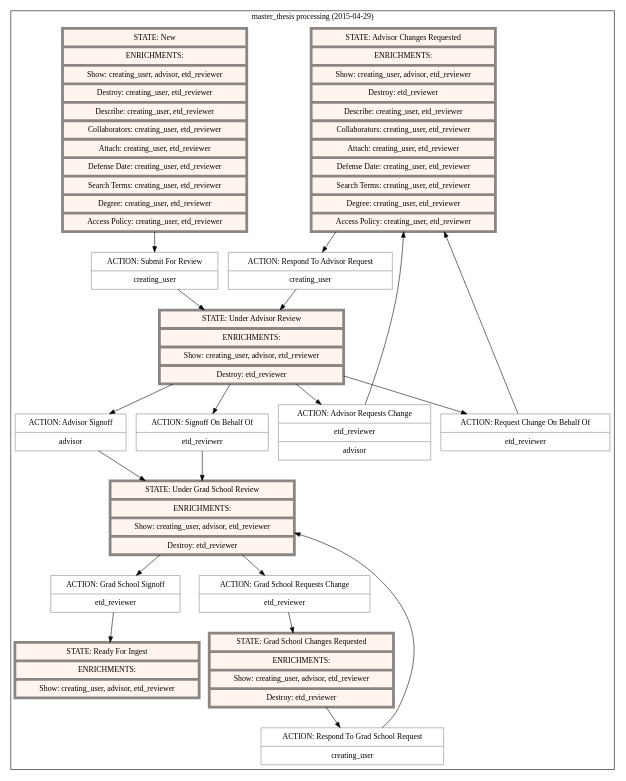
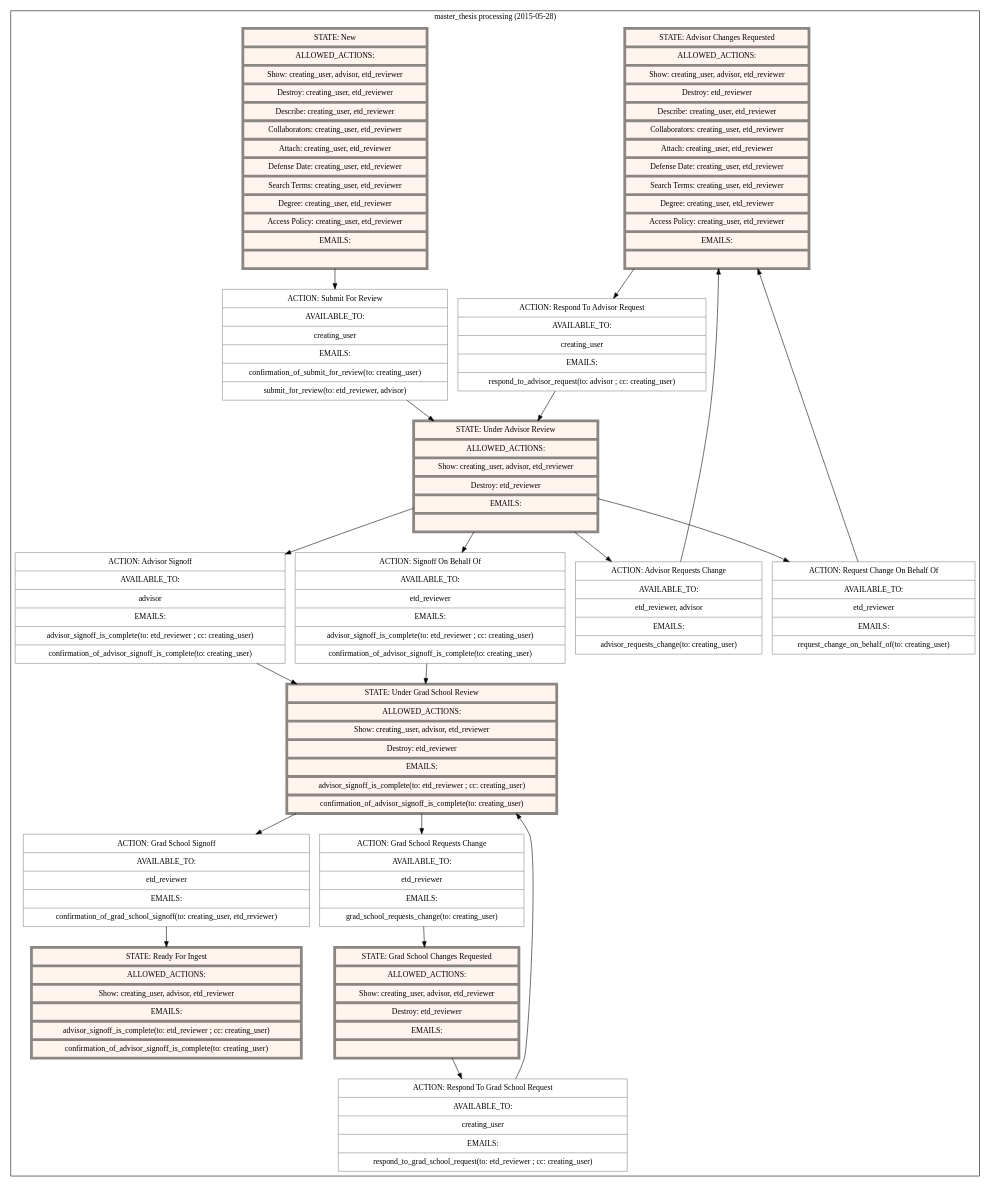
Before and after one commit to scholarworks/sipity: the diagram in artifacts/state_machines/master-thesis-processing.dot, drawn with Graphviz. The commit also changed 4 other files, not shown here.

Commit message:
Updating diagrams to include emails

```diff
--- a/artifacts/state_machines/master-thesis-processing.dot
+++ b/artifacts/state_machines/master-thesis-processing.dot
@@ -1,49 +1,49 @@
 digraph "G" {
   compound=true;
   node[color="grey15" margin="0.15, 0.125"];
   subgraph cluster_0 {
-    label="master_thesis processing (2015-04-29)"
+    label="master_thesis processing (2015-05-28)"
     node[style=filled fillcolor=white color="seashell4"]
     subgraph 0 {
       label="States";
       node[shape="record" fillcolor="seashell1" penwidth=5]
-      state_advisor_changes_requested [label="{ STATE: Advisor Changes Requested | ENRICHMENTS: | Show: creating_user, advisor, etd_reviewer | Destroy: etd_reviewer | Describe: creating_user, etd_reviewer | Collaborators: creating_user, etd_reviewer | Attach: creating_user, etd_reviewer | Defense Date: creating_user, etd_reviewer | Search Terms: creating_user, etd_reviewer | Degree: creating_user, etd_reviewer | Access Policy: creating_user, etd_reviewer }"]
-      state_grad_school_changes_requested [label="{ STATE: Grad School Changes Requested | ENRICHMENTS: | Show: creating_user, advisor, etd_reviewer | Destroy: etd_reviewer }"]
-      state_new [label="{ STATE: New | ENRICHMENTS: | Show: creating_user, advisor, etd_reviewer | Destroy: creating_user, etd_reviewer | Describe: creating_user, etd_reviewer | Collaborators: creating_user, etd_reviewer | Attach: creating_user, etd_reviewer | Defense Date: creating_user, etd_reviewer | Search Terms: creating_user, etd_reviewer | Degree: creating_user, etd_reviewer | Access Policy: creating_user, etd_reviewer }"]
-      state_ready_for_ingest [label="{ STATE: Ready For Ingest | ENRICHMENTS: | Show: creating_user, advisor, etd_reviewer }"]
-      state_under_advisor_review [label="{ STATE: Under Advisor Review | ENRICHMENTS: | Show: creating_user, advisor, etd_reviewer | Destroy: etd_reviewer }"]
-      state_under_grad_school_review [label="{ STATE: Under Grad School Review | ENRICHMENTS: | Show: creating_user, advisor, etd_reviewer | Destroy: etd_reviewer }"]
+      state_advisor_changes_requested [label="{ STATE: Advisor Changes Requested | ALLOWED_ACTIONS: | Show: creating_user, advisor, etd_reviewer | Destroy: etd_reviewer | Describe: creating_user, etd_reviewer | Collaborators: creating_user, etd_reviewer | Attach: creating_user, etd_reviewer | Defense Date: creating_user, etd_reviewer | Search Terms: creating_user, etd_reviewer | Degree: creating_user, etd_reviewer | Access Policy: creating_user, etd_reviewer | EMAILS: |  }"]
+      state_grad_school_changes_requested [label="{ STATE: Grad School Changes Requested | ALLOWED_ACTIONS: | Show: creating_user, advisor, etd_reviewer | Destroy: etd_reviewer | EMAILS: |  }"]
+      state_new [label="{ STATE: New | ALLOWED_ACTIONS: | Show: creating_user, advisor, etd_reviewer | Destroy: creating_user, etd_reviewer | Describe: creating_user, etd_reviewer | Collaborators: creating_user, etd_reviewer | Attach: creating_user, etd_reviewer | Defense Date: creating_user, etd_reviewer | Search Terms: creating_user, etd_reviewer | Degree: creating_user, etd_reviewer | Access Policy: creating_user, etd_reviewer | EMAILS: |  }"]
+      state_ready_for_ingest [label="{ STATE: Ready For Ingest | ALLOWED_ACTIONS: | Show: creating_user, advisor, etd_reviewer | EMAILS: | advisor_signoff_is_complete(to: etd_reviewer ; cc: creating_user) | confirmation_of_advisor_signoff_is_complete(to: creating_user) }"]
+      state_under_advisor_review [label="{ STATE: Under Advisor Review | ALLOWED_ACTIONS: | Show: creating_user, advisor, etd_reviewer | Destroy: etd_reviewer | EMAILS: |  }"]
+      state_under_grad_school_review [label="{ STATE: Under Grad School Review | ALLOWED_ACTIONS: | Show: creating_user, advisor, etd_reviewer | Destroy: etd_reviewer | EMAILS: | advisor_signoff_is_complete(to: etd_reviewer ; cc: creating_user) | confirmation_of_advisor_signoff_is_complete(to: creating_user) }"]
     }
     subgraph 1 {
       label="Actions"
       node[shape="record" shape=record penwidth=1]
-        action_submit_for_review [label="{ ACTION: Submit For Review | creating_user }"]
-        action_advisor_signoff [label="{ ACTION: Advisor Signoff | advisor }"]
-        action_signoff_on_behalf_of [label="{ ACTION: Signoff On Behalf Of | etd_reviewer }"]
-        action_respond_to_advisor_request [label="{ ACTION: Respond To Advisor Request | creating_user }"]
-        action_respond_to_grad_school_request [label="{ ACTION: Respond To Grad School Request | creating_user }"]
-        action_grad_school_signoff [label="{ ACTION: Grad School Signoff | etd_reviewer }"]
-        action_advisor_requests_change [label="{ ACTION: Advisor Requests Change | etd_reviewer | advisor }"]
-        action_grad_school_requests_change [label="{ ACTION: Grad School Requests Change | etd_reviewer }"]
-        action_request_change_on_behalf_of [label="{ ACTION: Request Change On Behalf Of | etd_reviewer }"]
+        action_submit_for_review [label="{ ACTION: Submit For Review | AVAILABLE_TO: | creating_user | EMAILS: | confirmation_of_submit_for_review(to: creating_user) | submit_for_review(to: etd_reviewer, advisor) }"]
+        action_advisor_signoff [label="{ ACTION: Advisor Signoff | AVAILABLE_TO: | advisor | EMAILS: | advisor_signoff_is_complete(to: etd_reviewer ; cc: creating_user) | confirmation_of_advisor_signoff_is_complete(to: creating_user) }"]
+        action_signoff_on_behalf_of [label="{ ACTION: Signoff On Behalf Of | AVAILABLE_TO: | etd_reviewer | EMAILS: | advisor_signoff_is_complete(to: etd_reviewer ; cc: creating_user) | confirmation_of_advisor_signoff_is_complete(to: creating_user) }"]
+        action_respond_to_advisor_request [label="{ ACTION: Respond To Advisor Request | AVAILABLE_TO: | creating_user | EMAILS: | respond_to_advisor_request(to: advisor ; cc: creating_user) }"]
+        action_respond_to_grad_school_request [label="{ ACTION: Respond To Grad School Request | AVAILABLE_TO: | creating_user | EMAILS: | respond_to_grad_school_request(to: etd_reviewer ; cc: creating_user) }"]
+        action_grad_school_signoff [label="{ ACTION: Grad School Signoff | AVAILABLE_TO: | etd_reviewer | EMAILS: | confirmation_of_grad_school_signoff(to: creating_user, etd_reviewer) }"]
+        action_advisor_requests_change [label="{ ACTION: Advisor Requests Change | AVAILABLE_TO: | etd_reviewer, advisor | EMAILS: | advisor_requests_change(to: creating_user) }"]
+        action_grad_school_requests_change [label="{ ACTION: Grad School Requests Change | AVAILABLE_TO: | etd_reviewer | EMAILS: | grad_school_requests_change(to: creating_user) }"]
+        action_request_change_on_behalf_of [label="{ ACTION: Request Change On Behalf Of | AVAILABLE_TO: | etd_reviewer | EMAILS: | request_change_on_behalf_of(to: creating_user) }"]
     }
       state_advisor_changes_requested -> action_respond_to_advisor_request
       action_respond_to_advisor_request -> state_under_advisor_review
       state_grad_school_changes_requested -> action_respond_to_grad_school_request
       action_respond_to_grad_school_request -> state_under_grad_school_review
       state_new -> action_submit_for_review
       action_submit_for_review -> state_under_advisor_review
       state_under_advisor_review -> action_advisor_signoff
       action_advisor_signoff -> state_under_grad_school_review
       state_under_advisor_review -> action_signoff_on_behalf_of
       action_signoff_on_behalf_of -> state_under_grad_school_review
       state_under_advisor_review -> action_advisor_requests_change
       action_advisor_requests_change -> state_advisor_changes_requested
       state_under_advisor_review -> action_request_change_on_behalf_of
       action_request_change_on_behalf_of -> state_advisor_changes_requested
       state_under_grad_school_review -> action_grad_school_requests_change
       action_grad_school_requests_change -> state_grad_school_changes_requested
       state_under_grad_school_review -> action_grad_school_signoff
       action_grad_school_signoff -> state_ready_for_ingest
   }
 }
```
